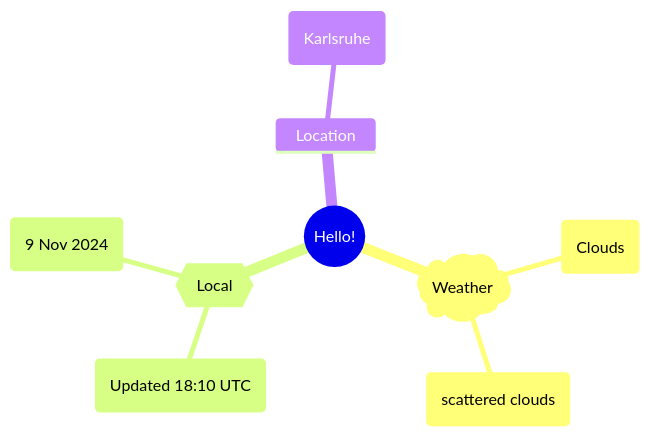
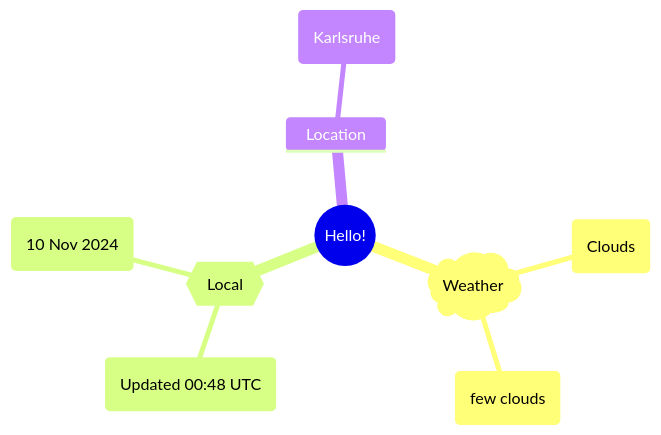
Before and after one commit to Xosrov/Xosrov: the first of 2 diagrams in README.md, drawn with Mermaid.

Commit message:
[bot] updated images

````diff
--- a/README.md
+++ b/README.md
@@ -3,12 +3,12 @@
 ```mermaid
 mindmap
   root((Hello!))
     )Weather(
         (Clouds)
-        (scattered clouds)
+        (few clouds)
     {{Local}}
-        (Updated 18:10 UTC)
-        (9 Nov 2024)
+        (Updated 00:48 UTC)
+        (10 Nov 2024)
     Location
         (Karlsruhe)
 ```
````
